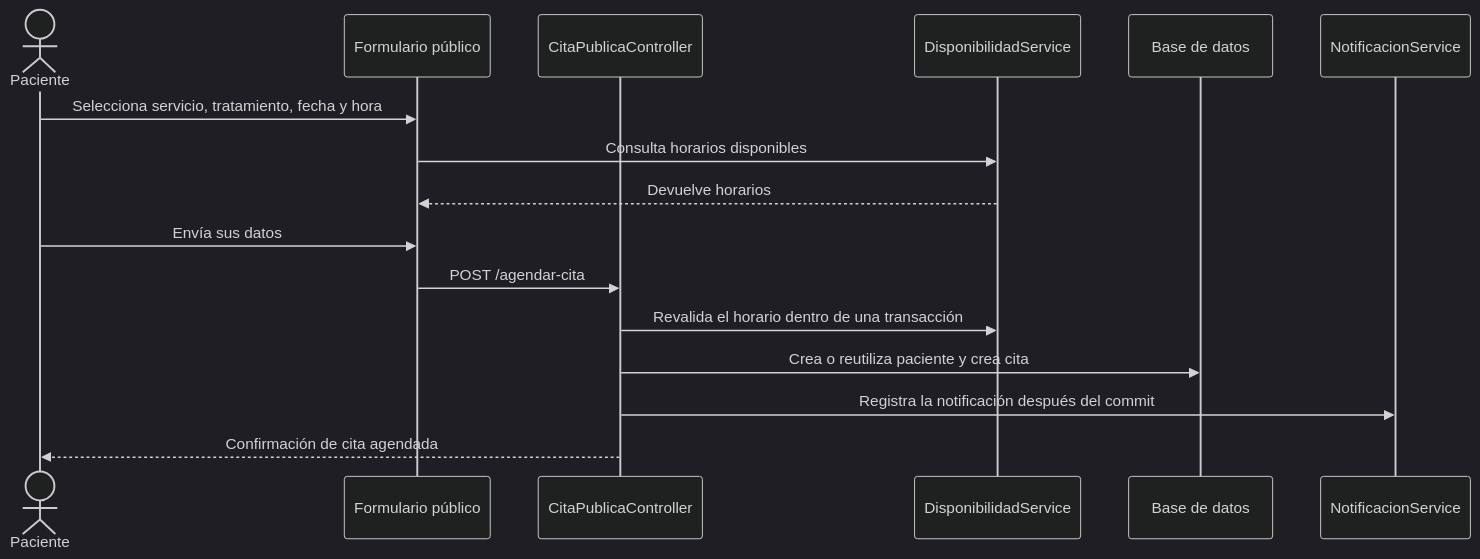
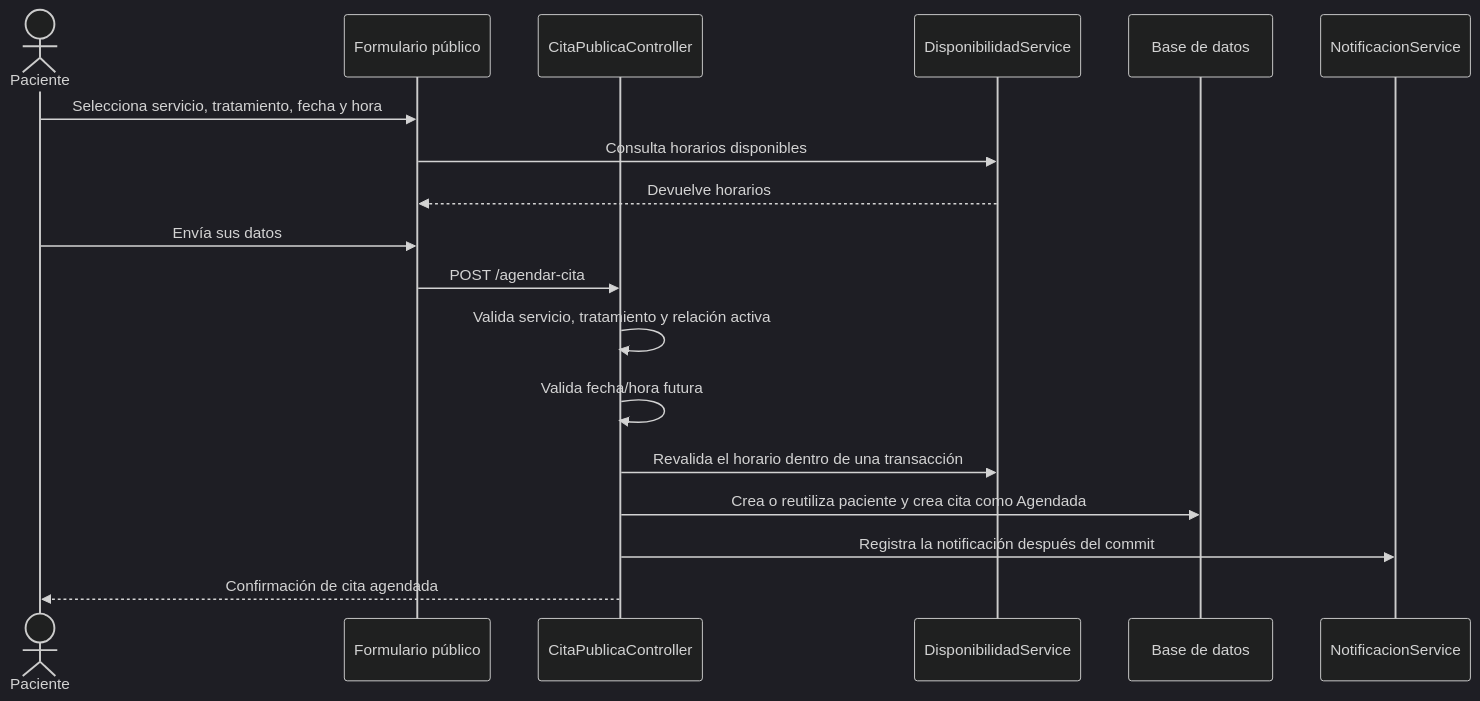
The second of 5 diagrams in docs/DIAGRAMAS-FLUJOS.md (QuetzalTwT119/dentissa), drawn with Mermaid (dark theme) before and after one commit. The commit also changed other lines of this file and 19 other files, not shown here.

````diff
--- a/docs/DIAGRAMAS-FLUJOS.md
+++ b/docs/DIAGRAMAS-FLUJOS.md
@@ -26,19 +26,21 @@
 ```mermaid
 sequenceDiagram
     actor P as Paciente
     participant V as Formulario público
     participant C as CitaPublicaController
     participant D as DisponibilidadService
     participant DB as Base de datos
     participant N as NotificacionService
 
     P->>V: Selecciona servicio, tratamiento, fecha y hora
     V->>D: Consulta horarios disponibles
     D-->>V: Devuelve horarios
     P->>V: Envía sus datos
     V->>C: POST /agendar-cita
+    C->>C: Valida servicio, tratamiento y relación activa
+    C->>C: Valida fecha/hora futura
     C->>D: Revalida el horario dentro de una transacción
-    C->>DB: Crea o reutiliza paciente y crea cita
+    C->>DB: Crea o reutiliza paciente y crea cita como Agendada
     C->>N: Registra la notificación después del commit
     C-->>P: Confirmación de cita agendada
 ```
````
